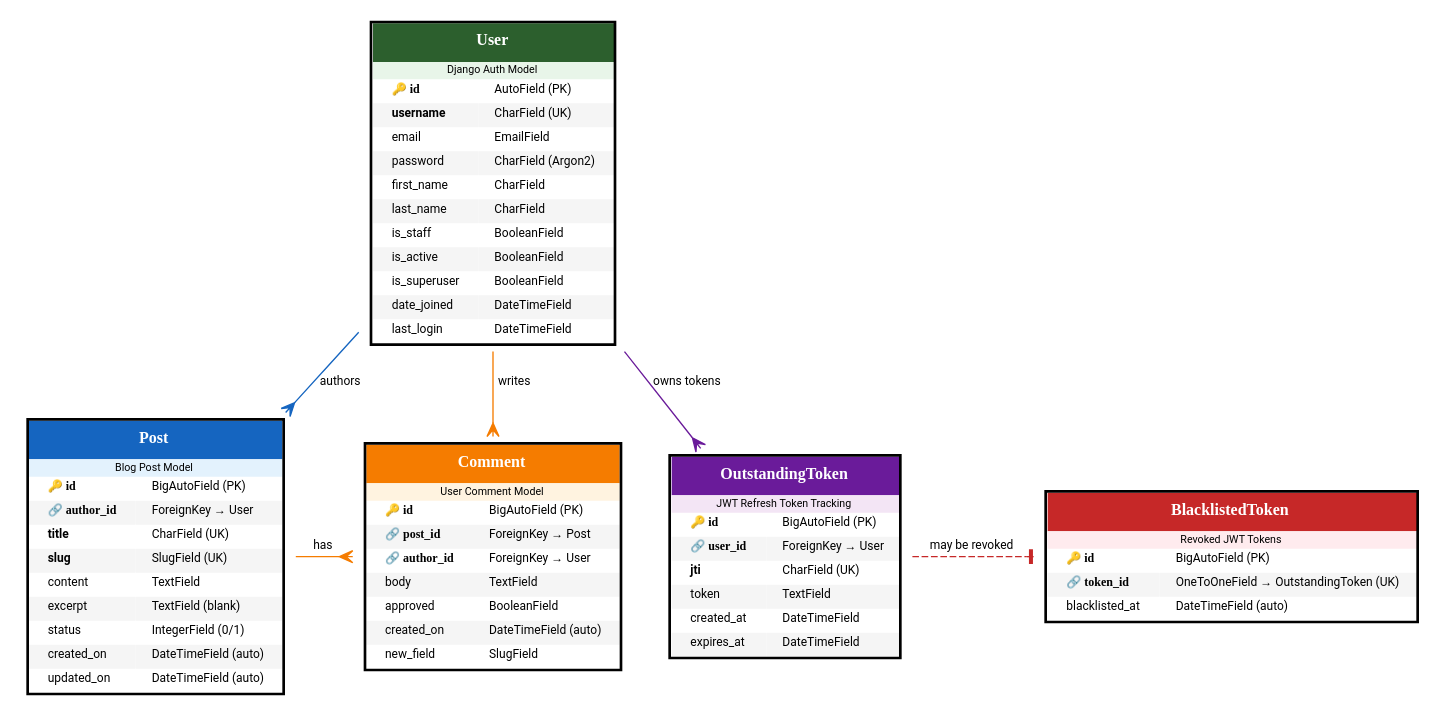
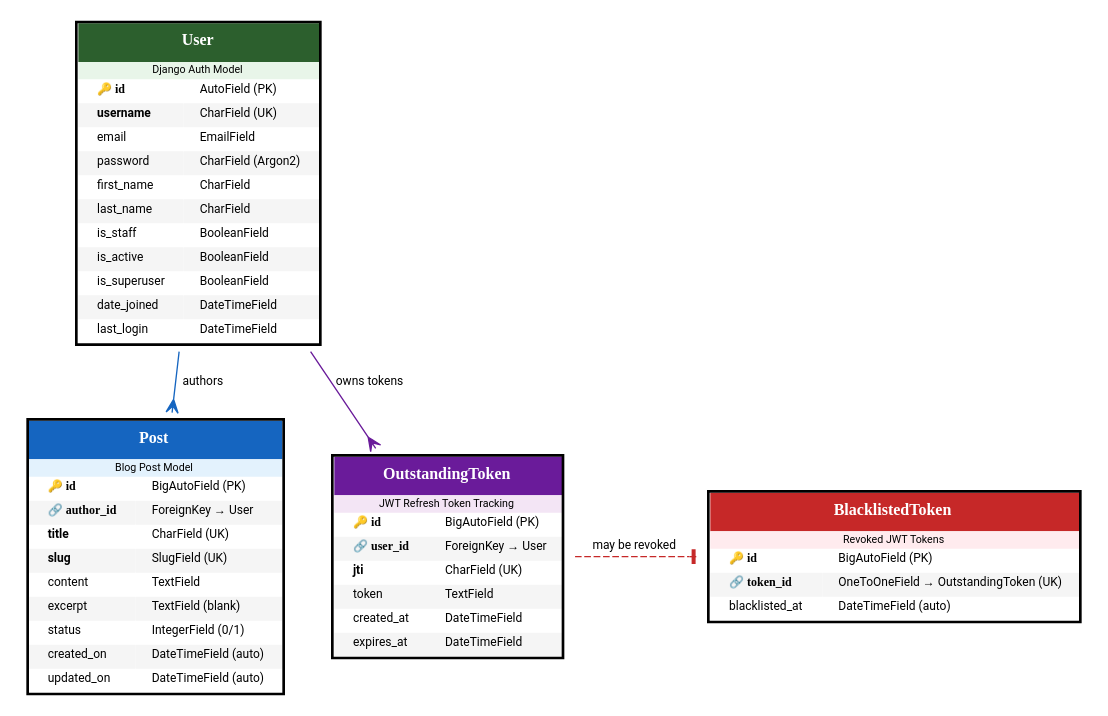
The diagram in ERDiagram.dot (tendayiht-png/password_space_blog), drawn with Graphviz before and after one commit. The commit also changed 7 other files, not shown here.

```diff
--- a/ERDiagram.dot
+++ b/ERDiagram.dot
@@ -163,57 +163,6 @@
     </TABLE>
   >]
 
-  Comment [label=<
-    <TABLE BGCOLOR="white" BORDER="2" CELLBORDER="0" CELLSPACING="0">
-    <TR><TD COLSPAN="2" CELLPADDING="8" ALIGN="CENTER" BGCOLOR="#f57c00">
-    <FONT FACE="Roboto Bold" COLOR="white" POINT-SIZE="12"><B>Comment</B></FONT>
-    </TD></TR>
-    <TR><TD COLSPAN="2" BGCOLOR="#fff3e0"><FONT FACE="Roboto" POINT-SIZE="8">User Comment Model</FONT></TD></TR>
-    
-    <TR><TD ALIGN="LEFT" BORDER="0" CELLPADDING="4">
-    <FONT FACE="Roboto Bold"><B>🔑 id</B></FONT>
-    </TD><TD ALIGN="LEFT">
-    <FONT FACE="Roboto">BigAutoField (PK)</FONT>
-    </TD></TR>
-    
-    <TR><TD ALIGN="LEFT" BORDER="0" CELLPADDING="4" BGCOLOR="#f5f5f5">
-    <FONT FACE="Roboto Bold"><B>🔗 post_id</B></FONT>
-    </TD><TD ALIGN="LEFT" BGCOLOR="#f5f5f5">
-    <FONT FACE="Roboto">ForeignKey → Post</FONT>
-    </TD></TR>
-    
-    <TR><TD ALIGN="LEFT" BORDER="0" CELLPADDING="4">
-    <FONT FACE="Roboto Bold"><B>🔗 author_id</B></FONT>
-    </TD><TD ALIGN="LEFT">
-    <FONT FACE="Roboto">ForeignKey → User</FONT>
-    </TD></TR>
-    
-    <TR><TD ALIGN="LEFT" BORDER="0" CELLPADDING="4" BGCOLOR="#f5f5f5">
-    <FONT FACE="Roboto">body</FONT>
-    </TD><TD ALIGN="LEFT" BGCOLOR="#f5f5f5">
-    <FONT FACE="Roboto">TextField</FONT>
-    </TD></TR>
-    
-    <TR><TD ALIGN="LEFT" BORDER="0" CELLPADDING="4">
-    <FONT FACE="Roboto">approved</FONT>
-    </TD><TD ALIGN="LEFT">
-    <FONT FACE="Roboto">BooleanField</FONT>
-    </TD></TR>
-    
-    <TR><TD ALIGN="LEFT" BORDER="0" CELLPADDING="4" BGCOLOR="#f5f5f5">
-    <FONT FACE="Roboto">created_on</FONT>
-    </TD><TD ALIGN="LEFT" BGCOLOR="#f5f5f5">
-    <FONT FACE="Roboto">DateTimeField (auto)</FONT>
-    </TD></TR>
-    
-    <TR><TD ALIGN="LEFT" BORDER="0" CELLPADDING="4">
-    <FONT FACE="Roboto">new_field</FONT>
-    </TD><TD ALIGN="LEFT">
-    <FONT FACE="Roboto">SlugField</FONT>
-    </TD></TR>
-    </TABLE>
-  >]
-
   // ====================
   // JWT TOKEN TABLES
   // ====================
@@ -303,22 +252,6 @@
     color = "#1565c0"
   ]
 
-  User -> Comment [
-    arrowhead = "crow"
-    arrowtail = "none"
-    label = "  writes  "
-    fontsize = 9
-    color = "#f57c00"
-  ]
-
-  Post -> Comment [
-    arrowhead = "crow"
-    arrowtail = "none"
-    label = "  has  "
-    fontsize = 9
-    color = "#f57c00"
-  ]
-
   // JWT relationships
   User -> OutstandingToken [
     arrowhead = "crow"
@@ -338,6 +271,6 @@
   ]
 
   // Layout hints
-  { rank = same; Post; Comment; }
+  { rank = same; Post; }
   { rank = same; OutstandingToken; BlacklistedToken; }
 }
```
